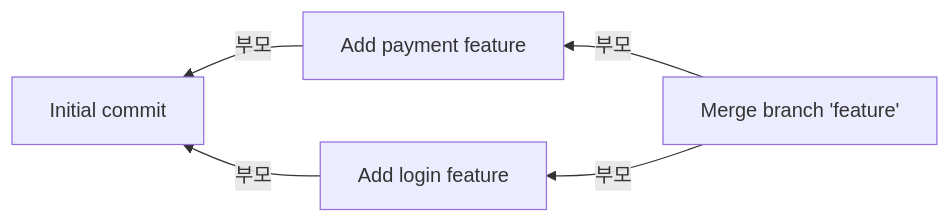
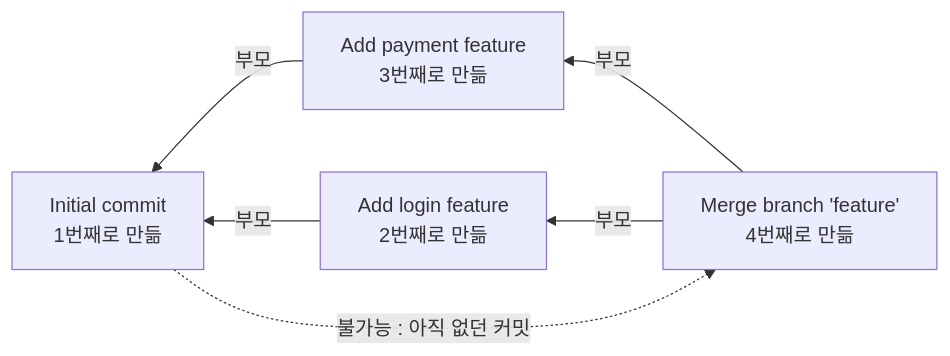
Before and after one commit to 0802222/Codyssey-B5-2-Mini-Git: the fifth of 18 diagrams in README.md, drawn with Mermaid. The commit also changed other lines of this file and 2 other files, not shown here.

````diff
--- a/README.md
+++ b/README.md
@@ -153,7 +519,8 @@
 ```mermaid
 flowchart RL
-    M["Merge branch 'feature'"] -->|부모| P["Add payment feature"]
-    M -->|부모| L["Add login feature"]
-    P -->|부모| I["Initial commit"]
+    M["Merge branch 'feature'<br/>4번째로 만듦"] -->|부모| P["Add payment feature<br/>3번째로 만듦"]
+    M -->|부모| L["Add login feature<br/>2번째로 만듦"]
+    P -->|부모| I["Initial commit<br/>1번째로 만듦"]
     L -->|부모| I
+    I -.->|"불가능 : 아직 없던 커밋"| M
 ```
````
